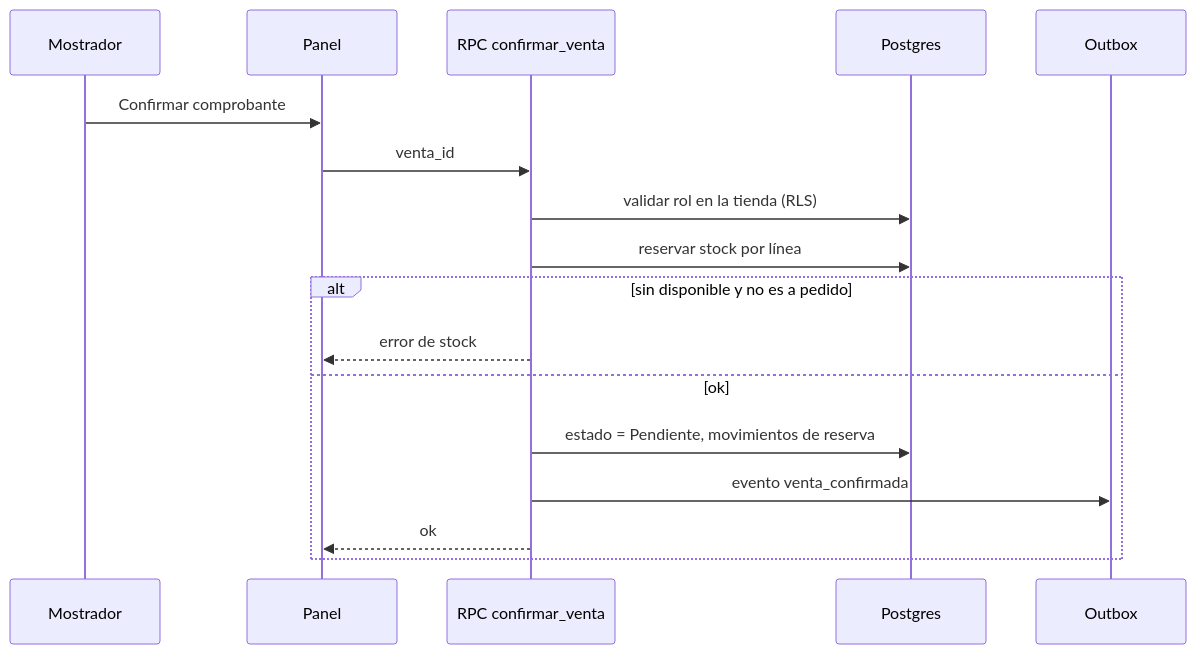
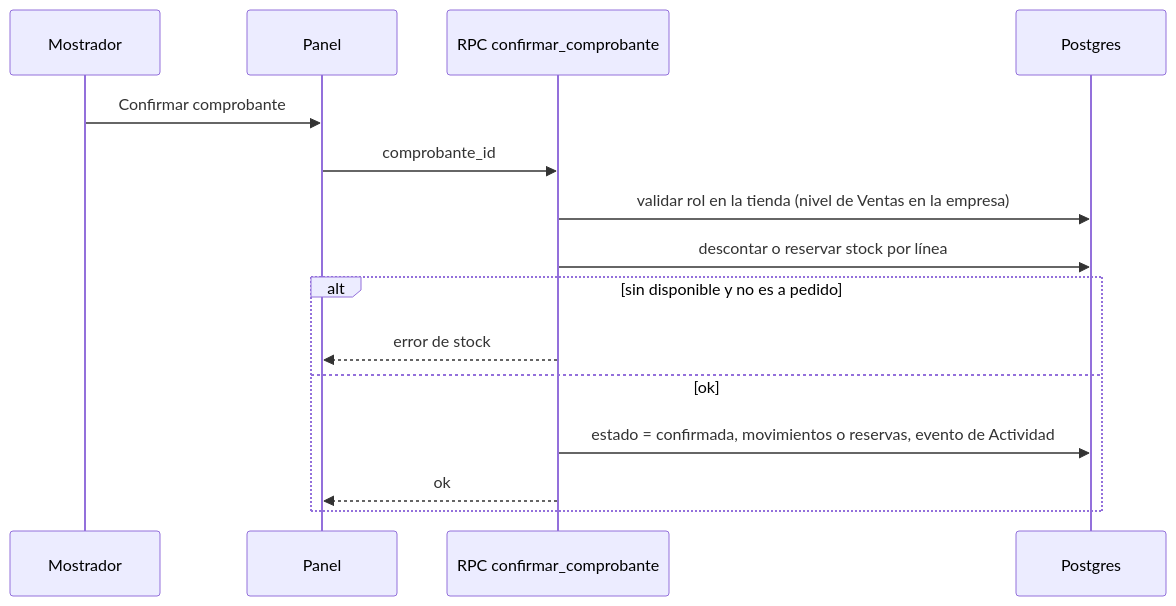
One commit to nicolasjones/multistorefront-meli changed the second of 2 diagrams in docs/system-design/arquitectura.md. Above: the diagram before and after it, drawn with Mermaid. The commit also changed other lines of this file and 38 other files, not shown here.

````diff
--- a/docs/system-design/arquitectura.md
+++ b/docs/system-design/arquitectura.md
@@ -54,19 +58,17 @@
 ```mermaid
 sequenceDiagram
   participant U as Mostrador
   participant P as Panel
-  participant R as RPC confirmar_venta
+  participant R as RPC confirmar_comprobante
   participant D as Postgres
-  participant O as Outbox
   U->>P: Confirmar comprobante
-  P->>R: venta_id
-  R->>D: validar rol en la tienda (RLS)
-  R->>D: reservar stock por línea
+  P->>R: comprobante_id
+  R->>D: validar rol en la tienda (nivel de Ventas en la empresa)
+  R->>D: descontar o reservar stock por línea
   alt sin disponible y no es a pedido
     R-->>P: error de stock
   else ok
-    R->>D: estado = Pendiente, movimientos de reserva
-    R->>O: evento venta_confirmada
+    R->>D: estado = confirmada, movimientos o reservas, evento de Actividad
     R-->>P: ok
   end
 ```
````
